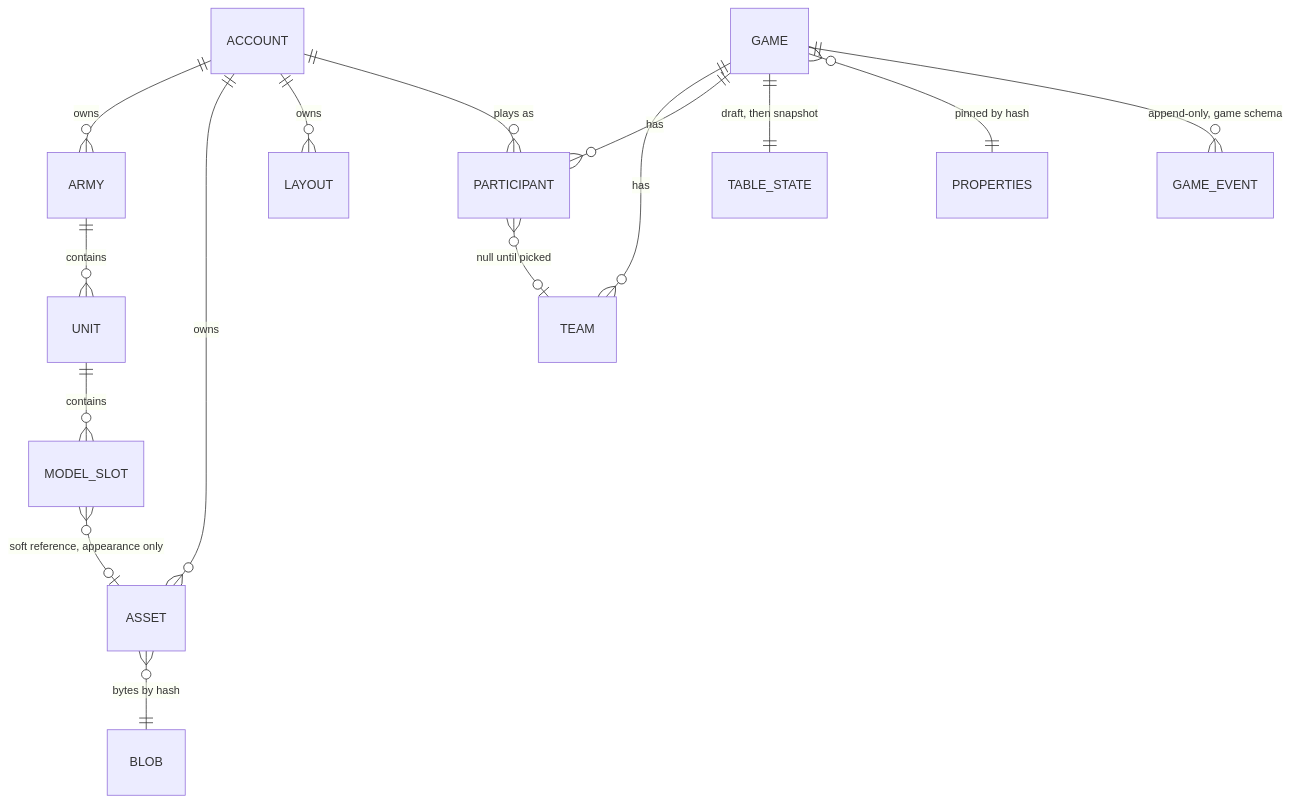
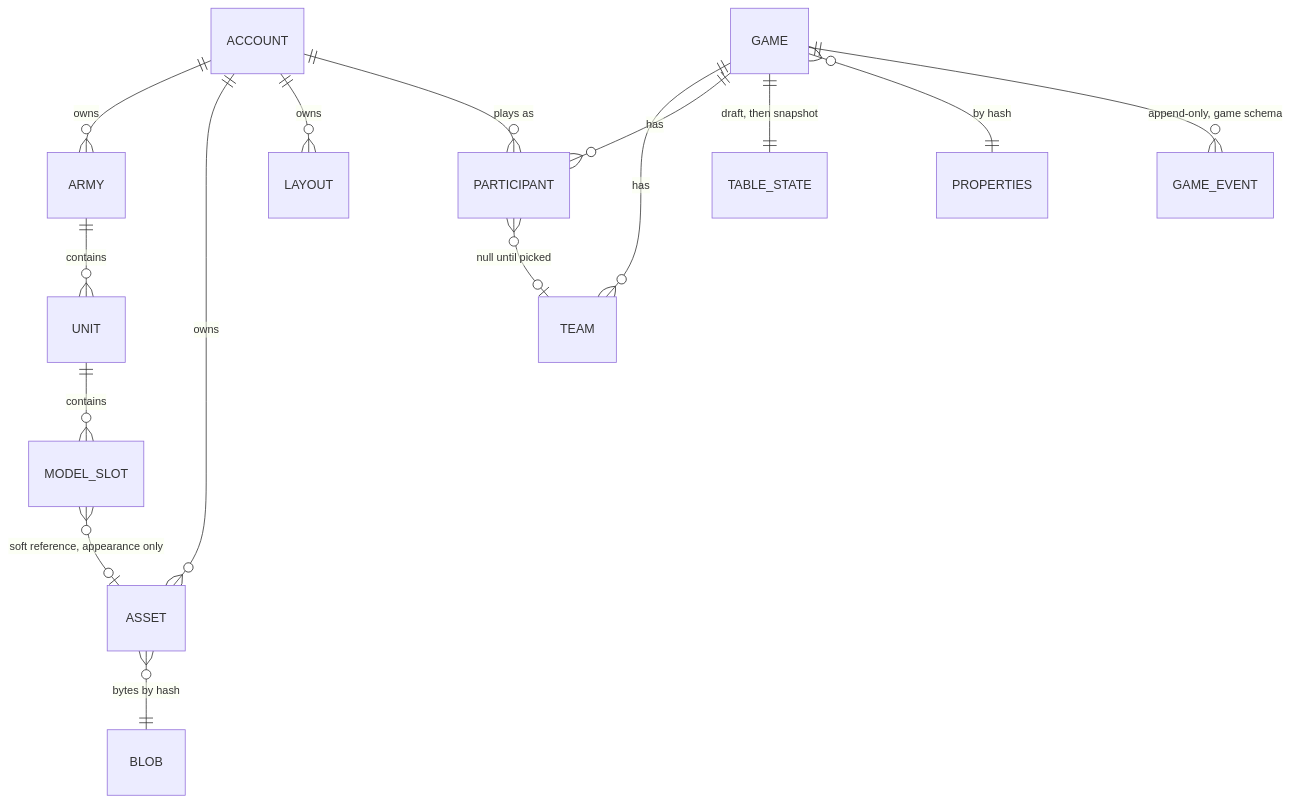
The seventh of 8 diagrams in docs/design/README.md (cstupi/tabletop), drawn with Mermaid before and after one commit. The commit also changed other lines of this file and 34 other files, not shown here.

````diff
--- a/docs/design/README.md
+++ b/docs/design/README.md
@@ -354,17 +354,17 @@
 ```mermaid
 erDiagram
   ACCOUNT ||--o{ ARMY : owns
   ACCOUNT ||--o{ ASSET : owns
   ACCOUNT ||--o{ LAYOUT : owns
   ACCOUNT ||--o{ PARTICIPANT : "plays as"
   ASSET }o--|| BLOB : "bytes by hash"
   ARMY ||--o{ UNIT : contains
   UNIT ||--o{ MODEL_SLOT : contains
   MODEL_SLOT }o--o| ASSET : "soft reference, appearance only"
   GAME ||--o{ TEAM : has
   GAME ||--o{ PARTICIPANT : has
   GAME ||--|| TABLE_STATE : "draft, then snapshot"
-  GAME }o--|| PROPERTIES : "pinned by hash"
+  GAME }o--|| PROPERTIES : "by hash"
   GAME ||--o{ GAME_EVENT : "append-only, game schema"
   PARTICIPANT }o--o| TEAM : "null until picked"
 ```
````
